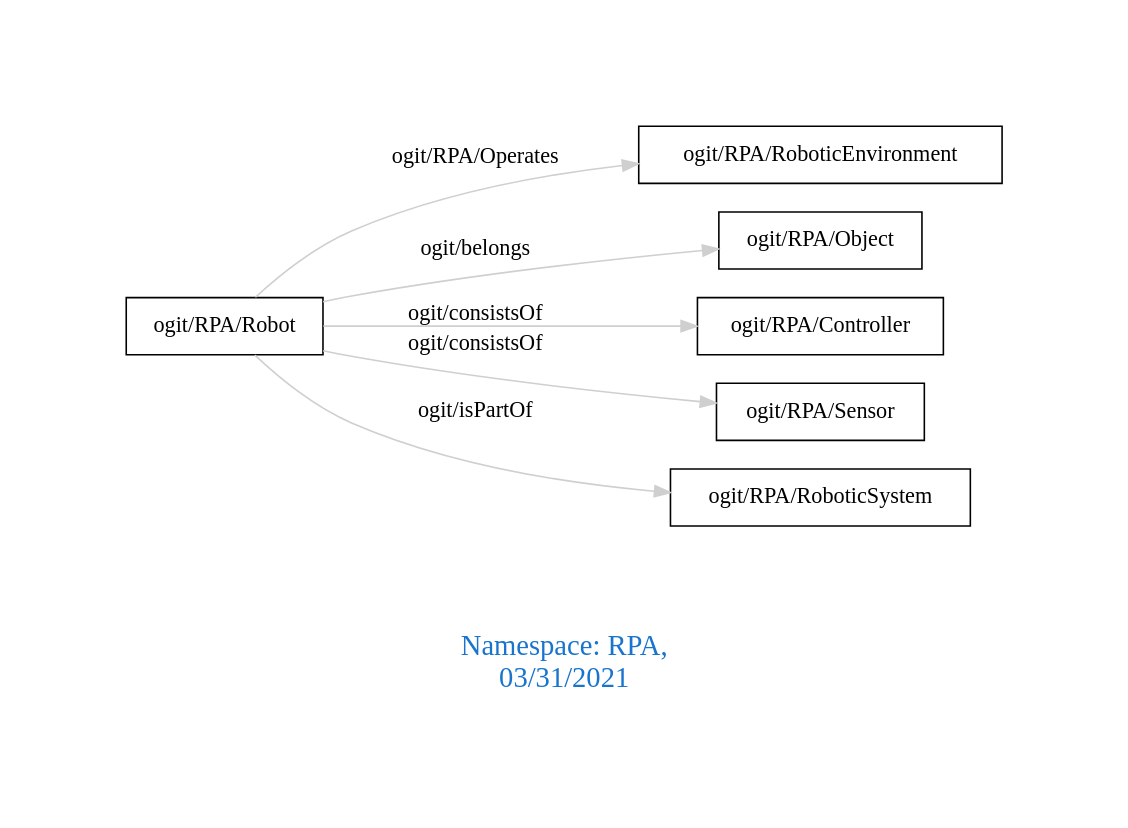
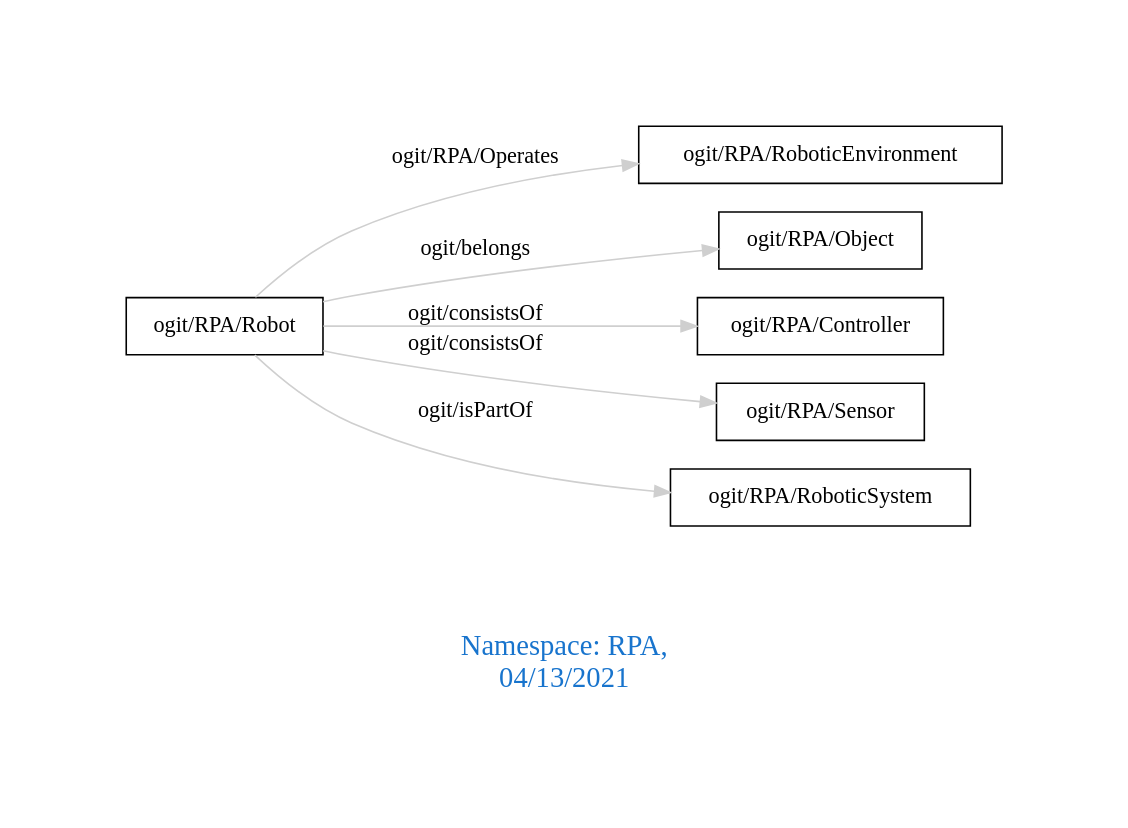
The diagram in downloads/RPA.dot (arago/OGIT), drawn with Graphviz before and after one commit. The commit also changed 1849 other files, not shown here.

```diff
--- a/downloads/RPA.dot
+++ b/downloads/RPA.dot
@@ -1,13 +1,13 @@
 digraph OGIT_ontology {
  graph [ rankdir= LR,pad=1 
 fontsize = 18,
-fontcolor= dodgerblue3,label = "\n\n\nNamespace: RPA, \n 03/31/2021"];
+fontcolor= dodgerblue3,label = "\n\n\nNamespace: RPA, \n 04/13/2021"];
 node[shape=polygon];
 edge [  color="gray81"];
 
    "ogit/RPA/Robot" -> "ogit/RPA/RoboticEnvironment" [label="   ogit/RPA/Operates    "];
    "ogit/RPA/Robot" -> "ogit/RPA/Object" [label="   ogit/belongs    "];
    "ogit/RPA/Robot" -> "ogit/RPA/Controller" [label="   ogit/consistsOf    "];
    "ogit/RPA/Robot" -> "ogit/RPA/Sensor" [label="   ogit/consistsOf    "];
    "ogit/RPA/Robot" -> "ogit/RPA/RoboticSystem" [label="   ogit/isPartOf    "];
 }
```
